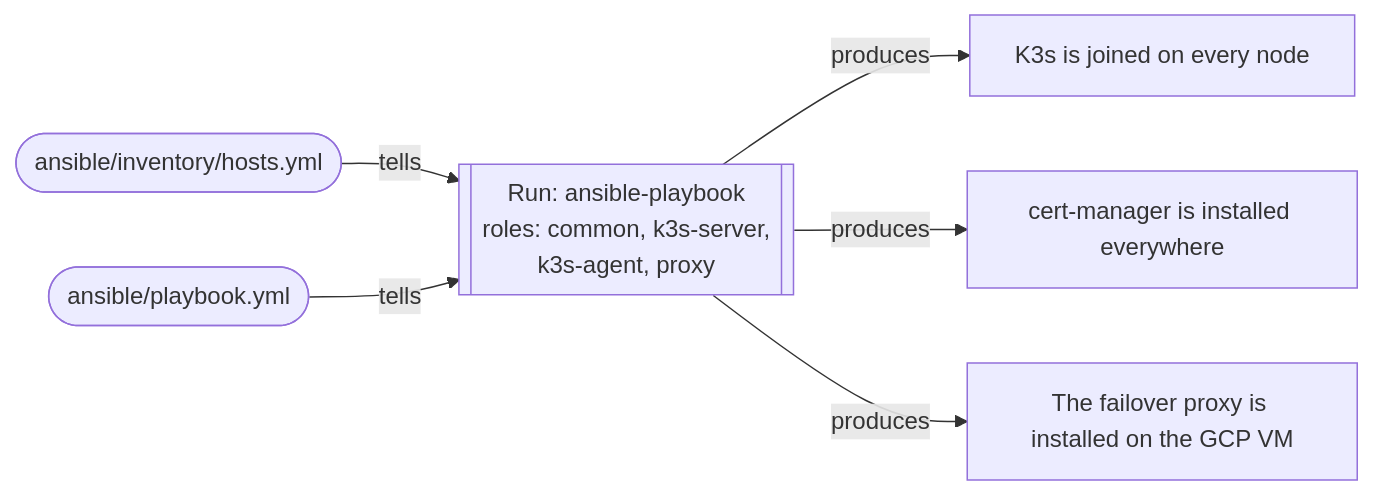
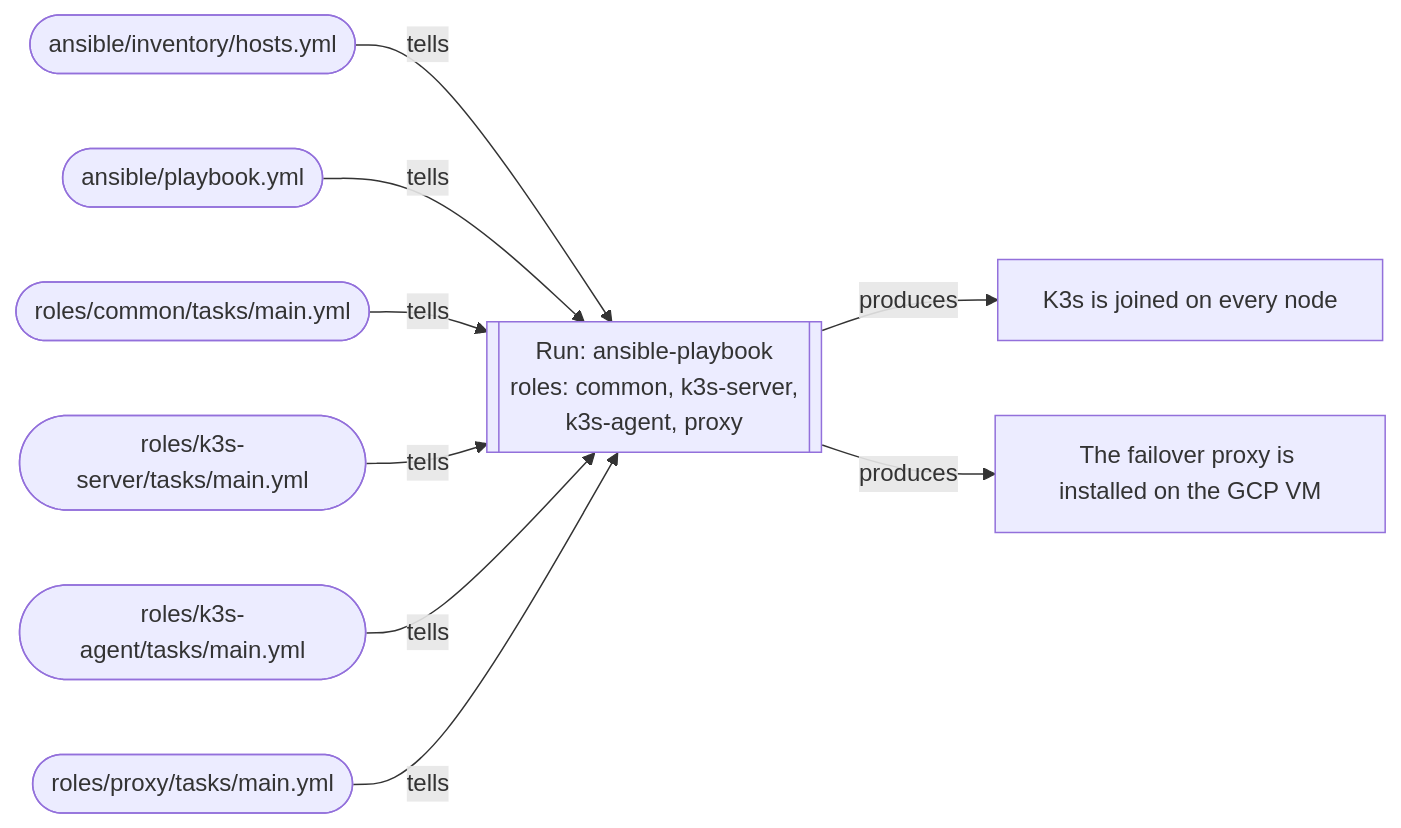
The third of 5 diagrams in README.md (Dennis4507/cloud-native-ha-platform), drawn with Mermaid before and after one commit. The commit also changed other lines of this file, not shown here.

````diff
--- a/README.md
+++ b/README.md
@@ -87,8 +87,11 @@
 ```mermaid
 flowchart LR
     HOSTS(["ansible/inventory/hosts.yml"]) -->|tells| CMD3[["Run: ansible-playbook<br/>roles: common, k3s-server,<br/>k3s-agent, proxy"]]
     PLAY(["ansible/playbook.yml"]) -->|tells| CMD3
+    COMMON(["roles/common/tasks/main.yml"]) -->|tells| CMD3
+    K3SSRV(["roles/k3s-server/tasks/main.yml"]) -->|tells| CMD3
+    K3SAGT(["roles/k3s-agent/tasks/main.yml"]) -->|tells| CMD3
+    PROXY(["roles/proxy/tasks/main.yml"]) -->|tells| CMD3
     CMD3 -->|produces| OUT3A["K3s is joined on every node"]
-    CMD3 -->|produces| OUT3B["cert-manager is installed everywhere"]
-    CMD3 -->|produces| OUT3C["The failover proxy is installed on the GCP VM"]
+    CMD3 -->|produces| OUT3B["The failover proxy is installed on the GCP VM"]
 ```
````
